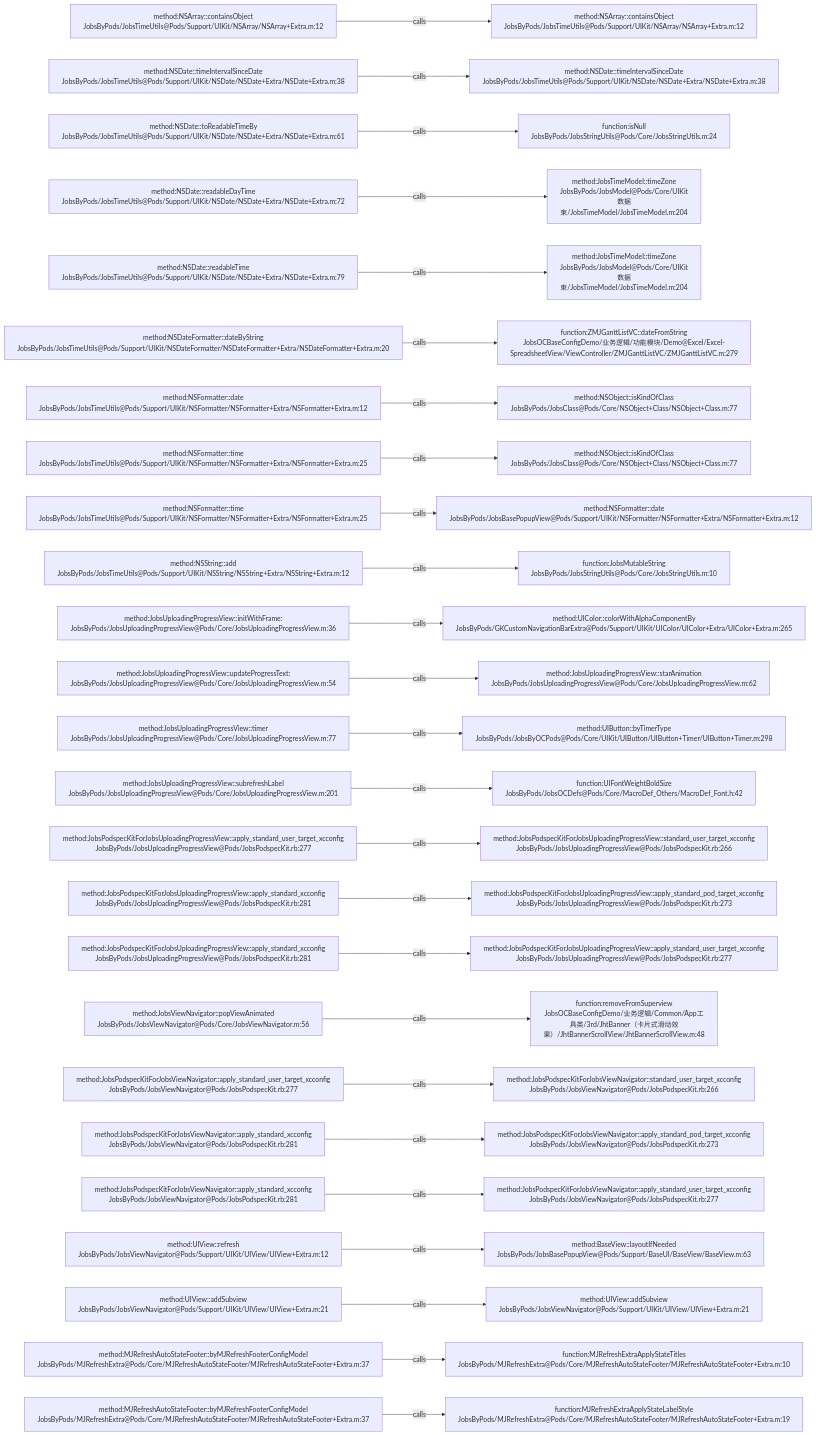
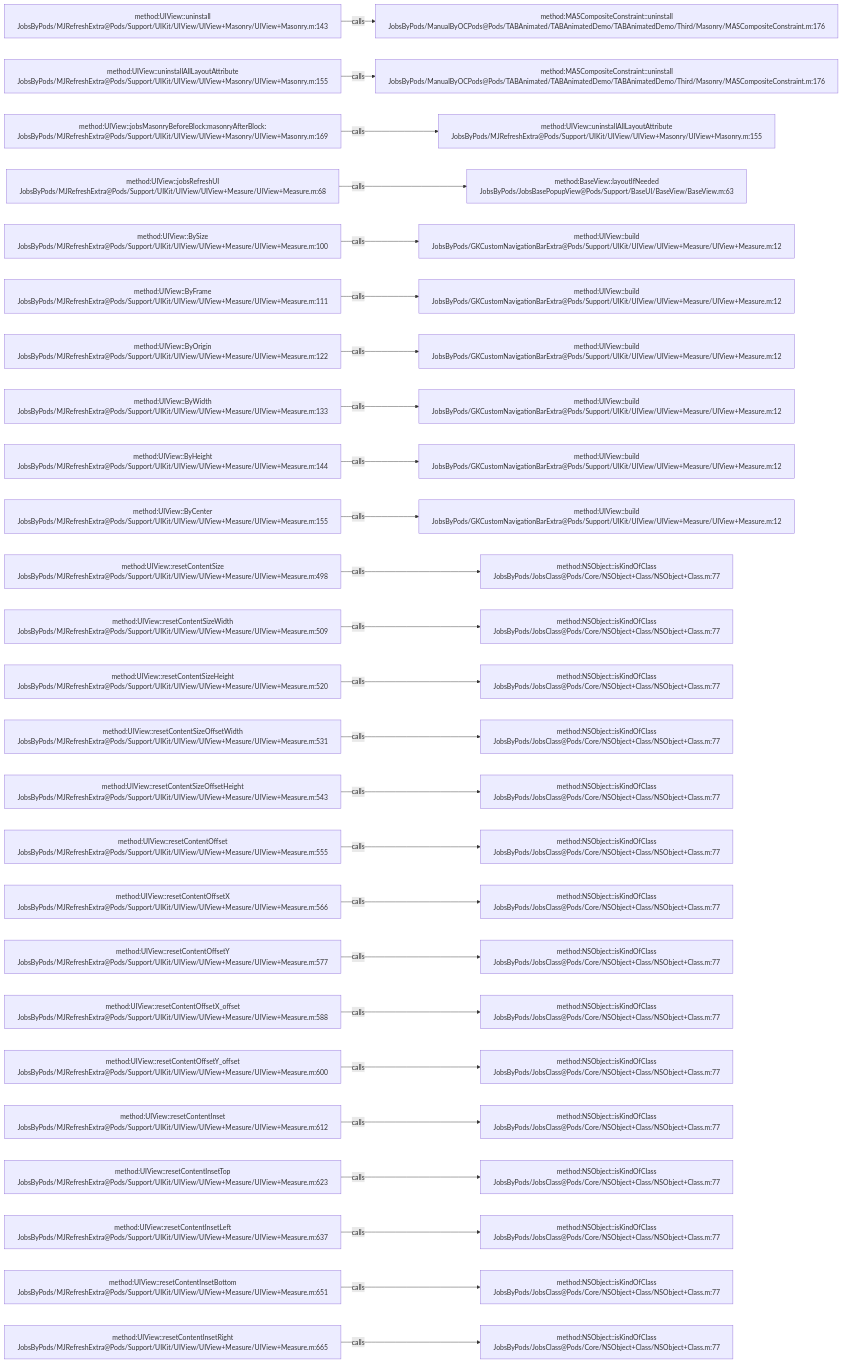
The diagram in .codegraph/codegraph.md/graphs/calls-174.md (JobsKits/JobsOCBaseConfigDemo), drawn with Mermaid before and after one commit. The commit also changed 639 other files, not shown here.

````diff
--- a/.codegraph/codegraph.md/graphs/calls-174.md
+++ b/.codegraph/codegraph.md/graphs/calls-174.md
@@ -13,78 +13,78 @@
 ```mermaid
 flowchart LR
-  S1["method:NSArray::containsObject<br/>JobsByPods/JobsTimeUtils@Pods/Support/UIKit/NSArray/NSArray+Extra.m:12"]
-  T1["method:NSArray::containsObject<br/>JobsByPods/JobsTimeUtils@Pods/Support/UIKit/NSArray/NSArray+Extra.m:12"]
+  S1["method:UIView::uninstall<br/>JobsByPods/MJRefreshExtra@Pods/Support/UIKit/UIView/UIView+Masonry/UIView+Masonry.m:143"]
+  T1["method:MASCompositeConstraint::uninstall<br/>JobsByPods/ManualByOCPods@Pods/TABAnimated/TABAnimatedDemo/TABAnimatedDemo/Third/Masonry/MASCompositeConstraint.m:176"]
   S1 -->|calls| T1
-  S2["method:NSDate::timeIntervalSinceDate<br/>JobsByPods/JobsTimeUtils@Pods/Support/UIKit/NSDate/NSDate+Extra/NSDate+Extra.m:38"]
-  T2["method:NSDate::timeIntervalSinceDate<br/>JobsByPods/JobsTimeUtils@Pods/Support/UIKit/NSDate/NSDate+Extra/NSDate+Extra.m:38"]
+  S2["method:UIView::uninstallAllLayoutAttribute<br/>JobsByPods/MJRefreshExtra@Pods/Support/UIKit/UIView/UIView+Masonry/UIView+Masonry.m:155"]
+  T2["method:MASCompositeConstraint::uninstall<br/>JobsByPods/ManualByOCPods@Pods/TABAnimated/TABAnimatedDemo/TABAnimatedDemo/Third/Masonry/MASCompositeConstraint.m:176"]
   S2 -->|calls| T2
-  S3["method:NSDate::toReadableTimeBy<br/>JobsByPods/JobsTimeUtils@Pods/Support/UIKit/NSDate/NSDate+Extra/NSDate+Extra.m:61"]
-  T3["function:isNull<br/>JobsByPods/JobsStringUtils@Pods/Core/JobsStringUtils.m:24"]
+  S3["method:UIView::jobsMasonryBeforeBlock:masonryAfterBlock:<br/>JobsByPods/MJRefreshExtra@Pods/Support/UIKit/UIView/UIView+Masonry/UIView+Masonry.m:169"]
+  T3["method:UIView::uninstallAllLayoutAttribute<br/>JobsByPods/MJRefreshExtra@Pods/Support/UIKit/UIView/UIView+Masonry/UIView+Masonry.m:155"]
   S3 -->|calls| T3
-  S4["method:NSDate::readableDayTime<br/>JobsByPods/JobsTimeUtils@Pods/Support/UIKit/NSDate/NSDate+Extra/NSDate+Extra.m:72"]
-  T4["method:JobsTimeModel::timeZone<br/>JobsByPods/JobsModel@Pods/Core/UIKit数据束/JobsTimeModel/JobsTimeModel.m:204"]
+  S4["method:UIView::jobsRefreshUI<br/>JobsByPods/MJRefreshExtra@Pods/Support/UIKit/UIView/UIView+Measure/UIView+Measure.m:68"]
+  T4["method:BaseView::layoutIfNeeded<br/>JobsByPods/JobsBasePopupView@Pods/Support/BaseUI/BaseView/BaseView.m:63"]
   S4 -->|calls| T4
-  S5["method:NSDate::readableTime<br/>JobsByPods/JobsTimeUtils@Pods/Support/UIKit/NSDate/NSDate+Extra/NSDate+Extra.m:79"]
-  T5["method:JobsTimeModel::timeZone<br/>JobsByPods/JobsModel@Pods/Core/UIKit数据束/JobsTimeModel/JobsTimeModel.m:204"]
+  S5["method:UIView::BySize<br/>JobsByPods/MJRefreshExtra@Pods/Support/UIKit/UIView/UIView+Measure/UIView+Measure.m:100"]
+  T5["method:UIView::build<br/>JobsByPods/GKCustomNavigationBarExtra@Pods/Support/UIKit/UIView/UIView+Measure/UIView+Measure.m:12"]
   S5 -->|calls| T5
-  S6["method:NSDateFormatter::dateByString<br/>JobsByPods/JobsTimeUtils@Pods/Support/UIKit/NSDateFormatter/NSDateFormatter+Extra/NSDateFormatter+Extra.m:20"]
-  T6["function:ZMJGanttListVC::dateFromString<br/>JobsOCBaseConfigDemo/业务逻辑/功能模块/Demo@Excel/Excel-SpreadsheetView/ViewController/ZMJGanttListVC/ZMJGanttListVC.m:279"]
+  S6["method:UIView::ByFrame<br/>JobsByPods/MJRefreshExtra@Pods/Support/UIKit/UIView/UIView+Measure/UIView+Measure.m:111"]
+  T6["method:UIView::build<br/>JobsByPods/GKCustomNavigationBarExtra@Pods/Support/UIKit/UIView/UIView+Measure/UIView+Measure.m:12"]
   S6 -->|calls| T6
-  S7["method:NSFormatter::date<br/>JobsByPods/JobsTimeUtils@Pods/Support/UIKit/NSFormatter/NSFormatter+Extra/NSFormatter+Extra.m:12"]
-  T7["method:NSObject::isKindOfClass<br/>JobsByPods/JobsClass@Pods/Core/NSObject+Class/NSObject+Class.m:77"]
+  S7["method:UIView::ByOrigin<br/>JobsByPods/MJRefreshExtra@Pods/Support/UIKit/UIView/UIView+Measure/UIView+Measure.m:122"]
+  T7["method:UIView::build<br/>JobsByPods/GKCustomNavigationBarExtra@Pods/Support/UIKit/UIView/UIView+Measure/UIView+Measure.m:12"]
   S7 -->|calls| T7
-  S8["method:NSFormatter::time<br/>JobsByPods/JobsTimeUtils@Pods/Support/UIKit/NSFormatter/NSFormatter+Extra/NSFormatter+Extra.m:25"]
-  T8["method:NSObject::isKindOfClass<br/>JobsByPods/JobsClass@Pods/Core/NSObject+Class/NSObject+Class.m:77"]
+  S8["method:UIView::ByWidth<br/>JobsByPods/MJRefreshExtra@Pods/Support/UIKit/UIView/UIView+Measure/UIView+Measure.m:133"]
+  T8["method:UIView::build<br/>JobsByPods/GKCustomNavigationBarExtra@Pods/Support/UIKit/UIView/UIView+Measure/UIView+Measure.m:12"]
   S8 -->|calls| T8
-  S9["method:NSFormatter::time<br/>JobsByPods/JobsTimeUtils@Pods/Support/UIKit/NSFormatter/NSFormatter+Extra/NSFormatter+Extra.m:25"]
-  T9["method:NSFormatter::date<br/>JobsByPods/JobsBasePopupView@Pods/Support/UIKit/NSFormatter/NSFormatter+Extra/NSFormatter+Extra.m:12"]
+  S9["method:UIView::ByHeight<br/>JobsByPods/MJRefreshExtra@Pods/Support/UIKit/UIView/UIView+Measure/UIView+Measure.m:144"]
+  T9["method:UIView::build<br/>JobsByPods/GKCustomNavigationBarExtra@Pods/Support/UIKit/UIView/UIView+Measure/UIView+Measure.m:12"]
   S9 -->|calls| T9
-  S10["method:NSString::add<br/>JobsByPods/JobsTimeUtils@Pods/Support/UIKit/NSString/NSString+Extra/NSString+Extra.m:12"]
-  T10["function:JobsMutableString<br/>JobsByPods/JobsStringUtils@Pods/Core/JobsStringUtils.m:10"]
+  S10["method:UIView::ByCenter<br/>JobsByPods/MJRefreshExtra@Pods/Support/UIKit/UIView/UIView+Measure/UIView+Measure.m:155"]
+  T10["method:UIView::build<br/>JobsByPods/GKCustomNavigationBarExtra@Pods/Support/UIKit/UIView/UIView+Measure/UIView+Measure.m:12"]
   S10 -->|calls| T10
-  S11["method:JobsUploadingProgressView::initWithFrame:<br/>JobsByPods/JobsUploadingProgressView@Pods/Core/JobsUploadingProgressView.m:36"]
-  T11["method:UIColor::colorWithAlphaComponentBy<br/>JobsByPods/GKCustomNavigationBarExtra@Pods/Support/UIKit/UIColor/UIColor+Extra/UIColor+Extra.m:265"]
+  S11["method:UIView::resetContentSize<br/>JobsByPods/MJRefreshExtra@Pods/Support/UIKit/UIView/UIView+Measure/UIView+Measure.m:498"]
+  T11["method:NSObject::isKindOfClass<br/>JobsByPods/JobsClass@Pods/Core/NSObject+Class/NSObject+Class.m:77"]
   S11 -->|calls| T11
-  S12["method:JobsUploadingProgressView::updateProgressText:<br/>JobsByPods/JobsUploadingProgressView@Pods/Core/JobsUploadingProgressView.m:54"]
-  T12["method:JobsUploadingProgressView::starAnimation<br/>JobsByPods/JobsUploadingProgressView@Pods/Core/JobsUploadingProgressView.m:62"]
+  S12["method:UIView::resetContentSizeWidth<br/>JobsByPods/MJRefreshExtra@Pods/Support/UIKit/UIView/UIView+Measure/UIView+Measure.m:509"]
+  T12["method:NSObject::isKindOfClass<br/>JobsByPods/JobsClass@Pods/Core/NSObject+Class/NSObject+Class.m:77"]
   S12 -->|calls| T12
-  S13["method:JobsUploadingProgressView::timer<br/>JobsByPods/JobsUploadingProgressView@Pods/Core/JobsUploadingProgressView.m:77"]
-  T13["method:UIButton::byTimerType<br/>JobsByPods/JobsByOCPods@Pods/Core/UIKit/UIButton/UIButton+Timer/UIButton+Timer.m:298"]
+  S13["method:UIView::resetContentSizeHeight<br/>JobsByPods/MJRefreshExtra@Pods/Support/UIKit/UIView/UIView+Measure/UIView+Measure.m:520"]
+  T13["method:NSObject::isKindOfClass<br/>JobsByPods/JobsClass@Pods/Core/NSObject+Class/NSObject+Class.m:77"]
   S13 -->|calls| T13
-  S14["method:JobsUploadingProgressView::subrefreshLabel<br/>JobsByPods/JobsUploadingProgressView@Pods/Core/JobsUploadingProgressView.m:201"]
-  T14["function:UIFontWeightBoldSize<br/>JobsByPods/JobsOCDefs@Pods/Core/MacroDef_Others/MacroDef_Font.h:42"]
+  S14["method:UIView::resetContentSizeOffsetWidth<br/>JobsByPods/MJRefreshExtra@Pods/Support/UIKit/UIView/UIView+Measure/UIView+Measure.m:531"]
+  T14["method:NSObject::isKindOfClass<br/>JobsByPods/JobsClass@Pods/Core/NSObject+Class/NSObject+Class.m:77"]
   S14 -->|calls| T14
-  S15["method:JobsPodspecKitForJobsUploadingProgressView::apply_standard_user_target_xcconfig<br/>JobsByPods/JobsUploadingProgressView@Pods/JobsPodspecKit.rb:277"]
-  T15["method:JobsPodspecKitForJobsUploadingProgressView::standard_user_target_xcconfig<br/>JobsByPods/JobsUploadingProgressView@Pods/JobsPodspecKit.rb:266"]
+  S15["method:UIView::resetContentSizeOffsetHeight<br/>JobsByPods/MJRefreshExtra@Pods/Support/UIKit/UIView/UIView+Measure/UIView+Measure.m:543"]
+  T15["method:NSObject::isKindOfClass<br/>JobsByPods/JobsClass@Pods/Core/NSObject+Class/NSObject+Class.m:77"]
   S15 -->|calls| T15
-  S16["method:JobsPodspecKitForJobsUploadingProgressView::apply_standard_xcconfig<br/>JobsByPods/JobsUploadingProgressView@Pods/JobsPodspecKit.rb:281"]
-  T16["method:JobsPodspecKitForJobsUploadingProgressView::apply_standard_pod_target_xcconfig<br/>JobsByPods/JobsUploadingProgressView@Pods/JobsPodspecKit.rb:273"]
+  S16["method:UIView::resetContentOffset<br/>JobsByPods/MJRefreshExtra@Pods/Support/UIKit/UIView/UIView+Measure/UIView+Measure.m:555"]
+  T16["method:NSObject::isKindOfClass<br/>JobsByPods/JobsClass@Pods/Core/NSObject+Class/NSObject+Class.m:77"]
   S16 -->|calls| T16
-  S17["method:JobsPodspecKitForJobsUploadingProgressView::apply_standard_xcconfig<br/>JobsByPods/JobsUploadingProgressView@Pods/JobsPodspecKit.rb:281"]
-  T17["method:JobsPodspecKitForJobsUploadingProgressView::apply_standard_user_target_xcconfig<br/>JobsByPods/JobsUploadingProgressView@Pods/JobsPodspecKit.rb:277"]
+  S17["method:UIView::resetContentOffsetX<br/>JobsByPods/MJRefreshExtra@Pods/Support/UIKit/UIView/UIView+Measure/UIView+Measure.m:566"]
+  T17["method:NSObject::isKindOfClass<br/>JobsByPods/JobsClass@Pods/Core/NSObject+Class/NSObject+Class.m:77"]
   S17 -->|calls| T17
-  S18["method:JobsViewNavigator::popViewAnimated<br/>JobsByPods/JobsViewNavigator@Pods/Core/JobsViewNavigator.m:56"]
-  T18["function:removeFromSuperview<br/>JobsOCBaseConfigDemo/业务逻辑/Common/App工具类/3rd/JhtBanner（卡片式滑动效果）/JhtBannerScrollView/JhtBannerScrollView.m:48"]
+  S18["method:UIView::resetContentOffsetY<br/>JobsByPods/MJRefreshExtra@Pods/Support/UIKit/UIView/UIView+Measure/UIView+Measure.m:577"]
+  T18["method:NSObject::isKindOfClass<br/>JobsByPods/JobsClass@Pods/Core/NSObject+Class/NSObject+Class.m:77"]
   S18 -->|calls| T18
-  S19["method:JobsPodspecKitForJobsViewNavigator::apply_standard_user_target_xcconfig<br/>JobsByPods/JobsViewNavigator@Pods/JobsPodspecKit.rb:277"]
-  T19["method:JobsPodspecKitForJobsViewNavigator::standard_user_target_xcconfig<br/>JobsByPods/JobsViewNavigator@Pods/JobsPodspecKit.rb:266"]
+  S19["method:UIView::resetContentOffsetX_offset<br/>JobsByPods/MJRefreshExtra@Pods/Support/UIKit/UIView/UIView+Measure/UIView+Measure.m:588"]
+  T19["method:NSObject::isKindOfClass<br/>JobsByPods/JobsClass@Pods/Core/NSObject+Class/NSObject+Class.m:77"]
   S19 -->|calls| T19
-  S20["method:JobsPodspecKitForJobsViewNavigator::apply_standard_xcconfig<br/>JobsByPods/JobsViewNavigator@Pods/JobsPodspecKit.rb:281"]
-  T20["method:JobsPodspecKitForJobsViewNavigator::apply_standard_pod_target_xcconfig<br/>JobsByPods/JobsViewNavigator@Pods/JobsPodspecKit.rb:273"]
+  S20["method:UIView::resetContentOffsetY_offset<br/>JobsByPods/MJRefreshExtra@Pods/Support/UIKit/UIView/UIView+Measure/UIView+Measure.m:600"]
+  T20["method:NSObject::isKindOfClass<br/>JobsByPods/JobsClass@Pods/Core/NSObject+Class/NSObject+Class.m:77"]
   S20 -->|calls| T20
-  S21["method:JobsPodspecKitForJobsViewNavigator::apply_standard_xcconfig<br/>JobsByPods/JobsViewNavigator@Pods/JobsPodspecKit.rb:281"]
-  T21["method:JobsPodspecKitForJobsViewNavigator::apply_standard_user_target_xcconfig<br/>JobsByPods/JobsViewNavigator@Pods/JobsPodspecKit.rb:277"]
+  S21["method:UIView::resetContentInset<br/>JobsByPods/MJRefreshExtra@Pods/Support/UIKit/UIView/UIView+Measure/UIView+Measure.m:612"]
+  T21["method:NSObject::isKindOfClass<br/>JobsByPods/JobsClass@Pods/Core/NSObject+Class/NSObject+Class.m:77"]
   S21 -->|calls| T21
-  S22["method:UIView::refresh<br/>JobsByPods/JobsViewNavigator@Pods/Support/UIKit/UIView/UIView+Extra.m:12"]
-  T22["method:BaseView::layoutIfNeeded<br/>JobsByPods/JobsBasePopupView@Pods/Support/BaseUI/BaseView/BaseView.m:63"]
+  S22["method:UIView::resetContentInsetTop<br/>JobsByPods/MJRefreshExtra@Pods/Support/UIKit/UIView/UIView+Measure/UIView+Measure.m:623"]
+  T22["method:NSObject::isKindOfClass<br/>JobsByPods/JobsClass@Pods/Core/NSObject+Class/NSObject+Class.m:77"]
   S22 -->|calls| T22
-  S23["method:UIView::addSubview<br/>JobsByPods/JobsViewNavigator@Pods/Support/UIKit/UIView/UIView+Extra.m:21"]
-  T23["method:UIView::addSubview<br/>JobsByPods/JobsViewNavigator@Pods/Support/UIKit/UIView/UIView+Extra.m:21"]
+  S23["method:UIView::resetContentInsetLeft<br/>JobsByPods/MJRefreshExtra@Pods/Support/UIKit/UIView/UIView+Measure/UIView+Measure.m:637"]
+  T23["method:NSObject::isKindOfClass<br/>JobsByPods/JobsClass@Pods/Core/NSObject+Class/NSObject+Class.m:77"]
   S23 -->|calls| T23
-  S24["method:MJRefreshAutoStateFooter::byMJRefreshFooterConfigModel<br/>JobsByPods/MJRefreshExtra@Pods/Core/MJRefreshAutoStateFooter/MJRefreshAutoStateFooter+Extra.m:37"]
-  T24["function:MJRefreshExtraApplyStateTitles<br/>JobsByPods/MJRefreshExtra@Pods/Core/MJRefreshAutoStateFooter/MJRefreshAutoStateFooter+Extra.m:10"]
+  S24["method:UIView::resetContentInsetBottom<br/>JobsByPods/MJRefreshExtra@Pods/Support/UIKit/UIView/UIView+Measure/UIView+Measure.m:651"]
+  T24["method:NSObject::isKindOfClass<br/>JobsByPods/JobsClass@Pods/Core/NSObject+Class/NSObject+Class.m:77"]
   S24 -->|calls| T24
-  S25["method:MJRefreshAutoStateFooter::byMJRefreshFooterConfigModel<br/>JobsByPods/MJRefreshExtra@Pods/Core/MJRefreshAutoStateFooter/MJRefreshAutoStateFooter+Extra.m:37"]
-  T25["function:MJRefreshExtraApplyStateLabelStyle<br/>JobsByPods/MJRefreshExtra@Pods/Core/MJRefreshAutoStateFooter/MJRefreshAutoStateFooter+Extra.m:19"]
+  S25["method:UIView::resetContentInsetRight<br/>JobsByPods/MJRefreshExtra@Pods/Support/UIKit/UIView/UIView+Measure/UIView+Measure.m:665"]
+  T25["method:NSObject::isKindOfClass<br/>JobsByPods/JobsClass@Pods/Core/NSObject+Class/NSObject+Class.m:77"]
   S25 -->|calls| T25
 ```
````
